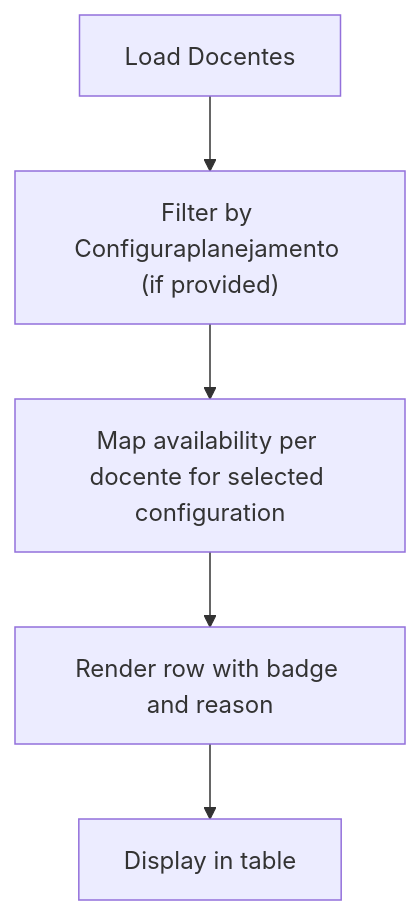
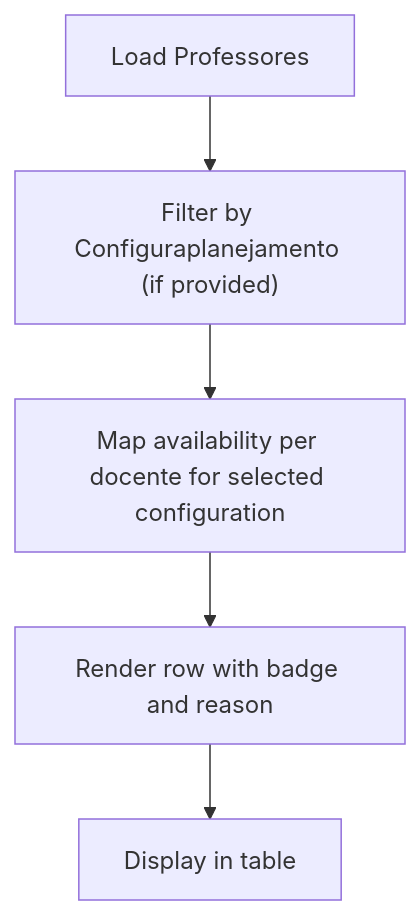
Before and after one commit to luiseduacosta/planejamento5: the sixth of 8 diagrams in .qoder/repowiki/en/content/Core Features/Faculty Management/Faculty Availability Management.md, drawn with Mermaid. The commit also changed other lines of this file and 37 other files, not shown here.

Commit message:
repowiki: rename Docentes → Professores in metadata

````diff
--- a/.qoder/repowiki/en/content/Core Features/Faculty Management/Faculty Availability Management.md
+++ b/.qoder/repowiki/en/content/Core Features/Faculty Management/Faculty Availability Management.md
@@ -258,7 +258,7 @@
 ```mermaid
 flowchart TD
-LoadFaculty["Load Docentes"] --> FilterSemester["Filter by Configuraplanejamento (if provided)"]
+LoadFaculty["Load Professores"] --> FilterSemester["Filter by Configuraplanejamento (if provided)"]
 FilterSemester --> MapAvail["Map availability per docente for selected configuration"]
 MapAvail --> RenderRow["Render row with badge and reason"]
 RenderRow --> Display["Display in table"]
 ```
````
